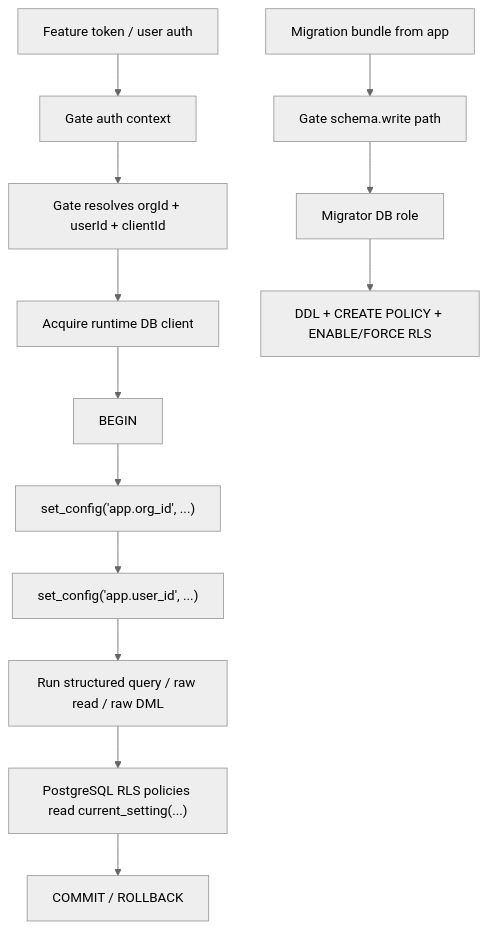
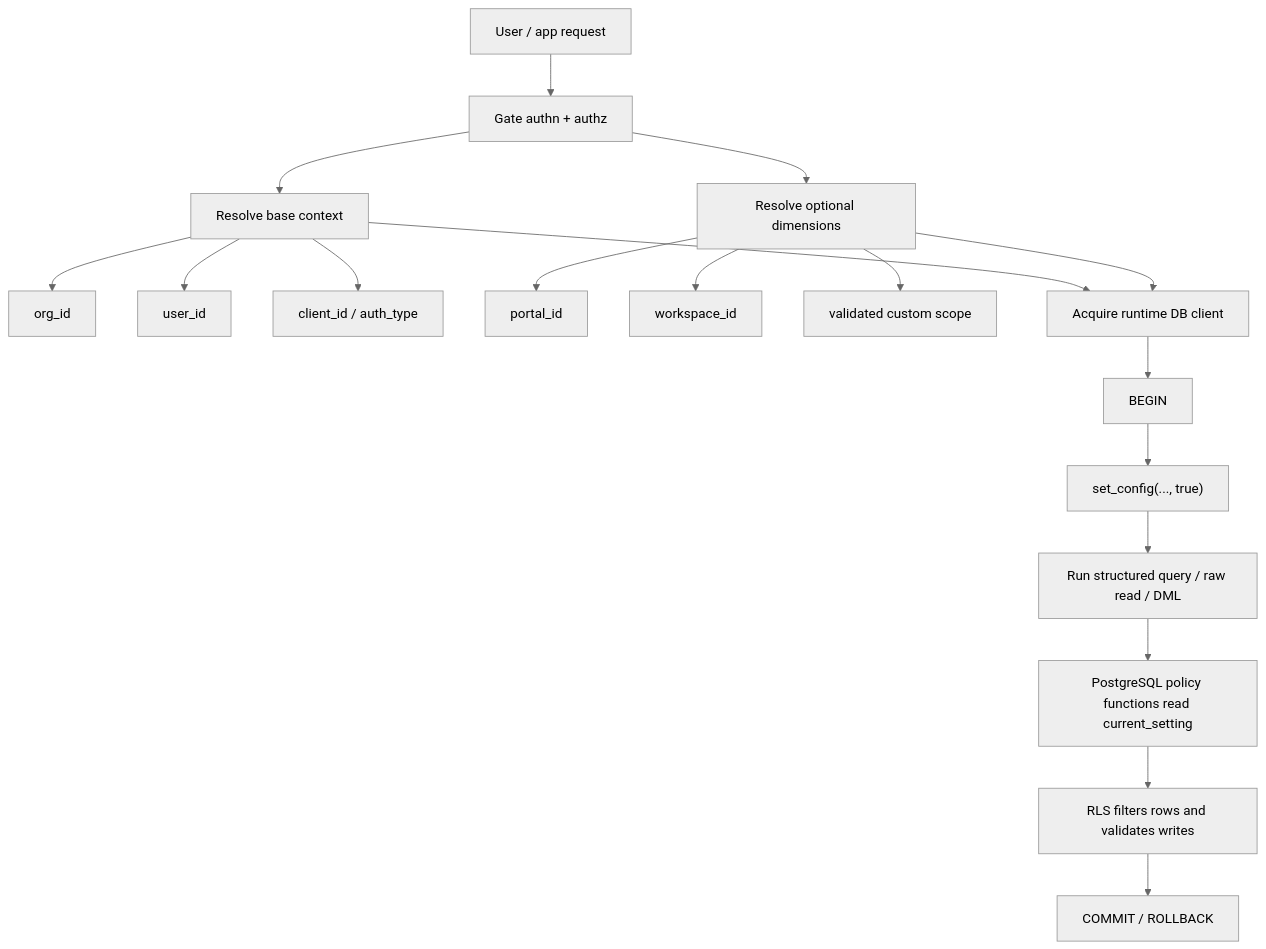
Before and after one commit to fusebase-dev/fusebase-cli: the first of 4 diagrams in project-template/.claude/skills/fusebase-gate/references/isolated-sql-rls-plan.md, drawn with Mermaid (neutral theme). The commit also changed other lines of this file and 18 other files, not shown here.

First line of the commit message:
Add isolated SQL migration bundle command and RLS manifest support

````diff
--- a/project-template/.claude/skills/fusebase-gate/references/isolated-sql-rls-plan.md
+++ b/project-template/.claude/skills/fusebase-gate/references/isolated-sql-rls-plan.md
@@ -211,16 +291,20 @@
 ```mermaid
 flowchart TD
-  A["Feature token / user auth"] --> B["Gate auth context"]
-  B --> C["Gate resolves orgId + userId + clientId"]
-  C --> D["Acquire runtime DB client"]
-  D --> E["BEGIN"]
-  E --> F["set_config('app.org_id', ...)"]
-  F --> G["set_config('app.user_id', ...)"]
-  G --> H["Run structured query / raw read / raw DML"]
-  H --> I["PostgreSQL RLS policies read current_setting(...)"]
-  I --> J["COMMIT / ROLLBACK"]
-
-  K["Migration bundle from app"] --> L["Gate schema.write path"]
-  L --> M["Migrator DB role"]
-  M --> N["DDL + CREATE POLICY + ENABLE/FORCE RLS"]
+  A["User / app request"] --> B["Gate authn + authz"]
+  B --> C["Resolve base context"]
+  C --> C1["org_id"]
+  C --> C2["user_id"]
+  C --> C3["client_id / auth_type"]
+  B --> D["Resolve optional dimensions"]
+  D --> D1["portal_id"]
+  D --> D2["workspace_id"]
+  D --> D3["validated custom scope"]
+  C --> E["Acquire runtime DB client"]
+  D --> E
+  E --> F["BEGIN"]
+  F --> G["set_config(..., true)"]
+  G --> H["Run structured query / raw read / DML"]
+  H --> I["PostgreSQL policy functions read current_setting"]
+  I --> J["RLS filters rows and validates writes"]
+  J --> K["COMMIT / ROLLBACK"]
 ```
````
